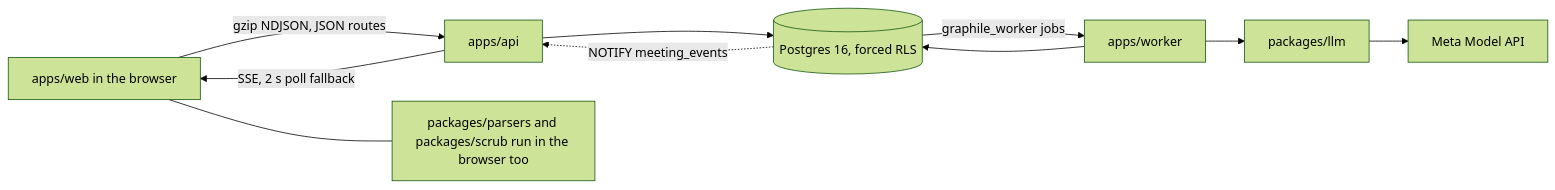
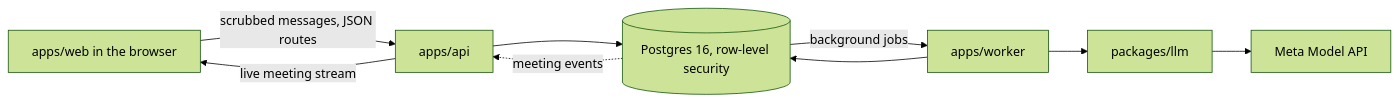
Before and after one commit to Ambar-13/Meta-hackathon: the diagram in README.md, drawn with Mermaid (forest theme). The commit also changed other lines of this file and 531 other files, not shown here.

````diff
--- a/README.md
+++ b/README.md
@@ -13,12 +23,11 @@
 ```mermaid
 flowchart LR
-  B[apps/web in the browser] -->|gzip NDJSON, JSON routes| A[apps/api]
-  A --> P[(Postgres 16, forced RLS)]
-  P -->|graphile_worker jobs| W[apps/worker]
+  B[apps/web in the browser] -->|scrubbed messages, JSON routes| A[apps/api]
+  A --> P[(Postgres 16, row-level security)]
+  P -->|background jobs| W[apps/worker]
   W --> L[packages/llm]
   L --> M[Meta Model API]
   W --> P
-  P -. NOTIFY meeting_events .-> A
-  A -->|SSE, 2 s poll fallback| B
-  B --- X[packages/parsers and packages/scrub run in the browser too]
+  P -. meeting events .-> A
+  A -->|live meeting stream| B
 ```
````
